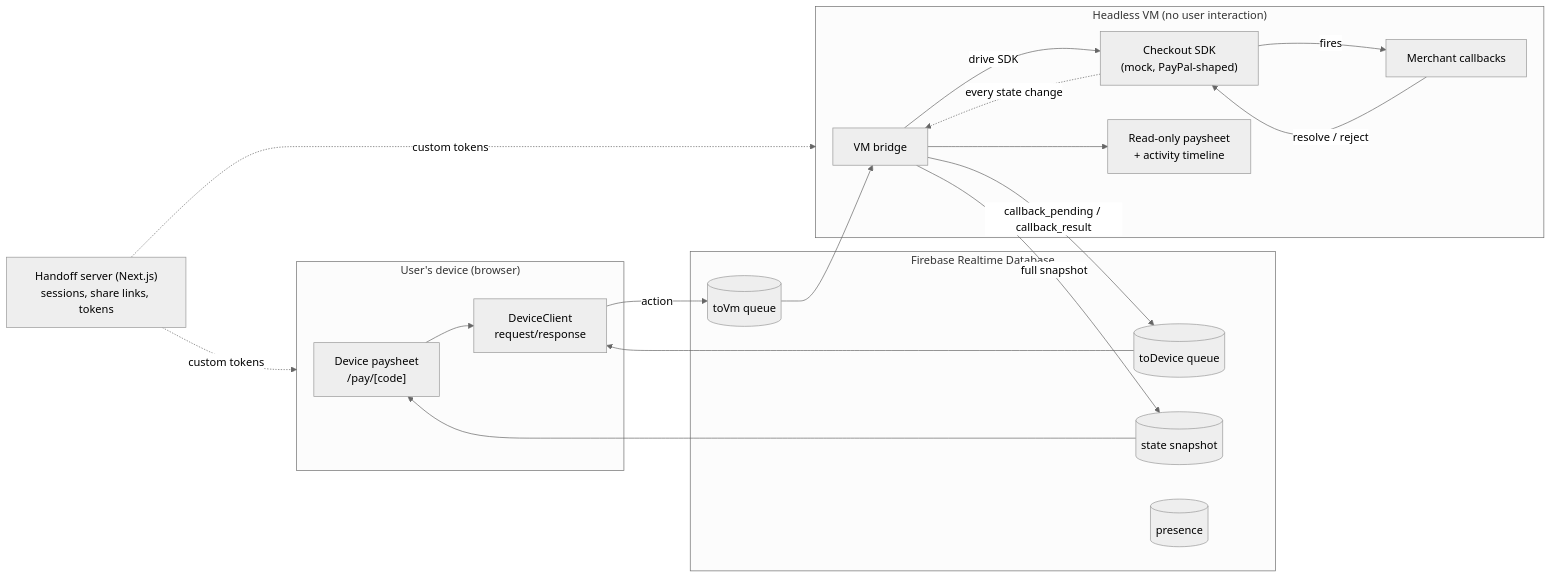
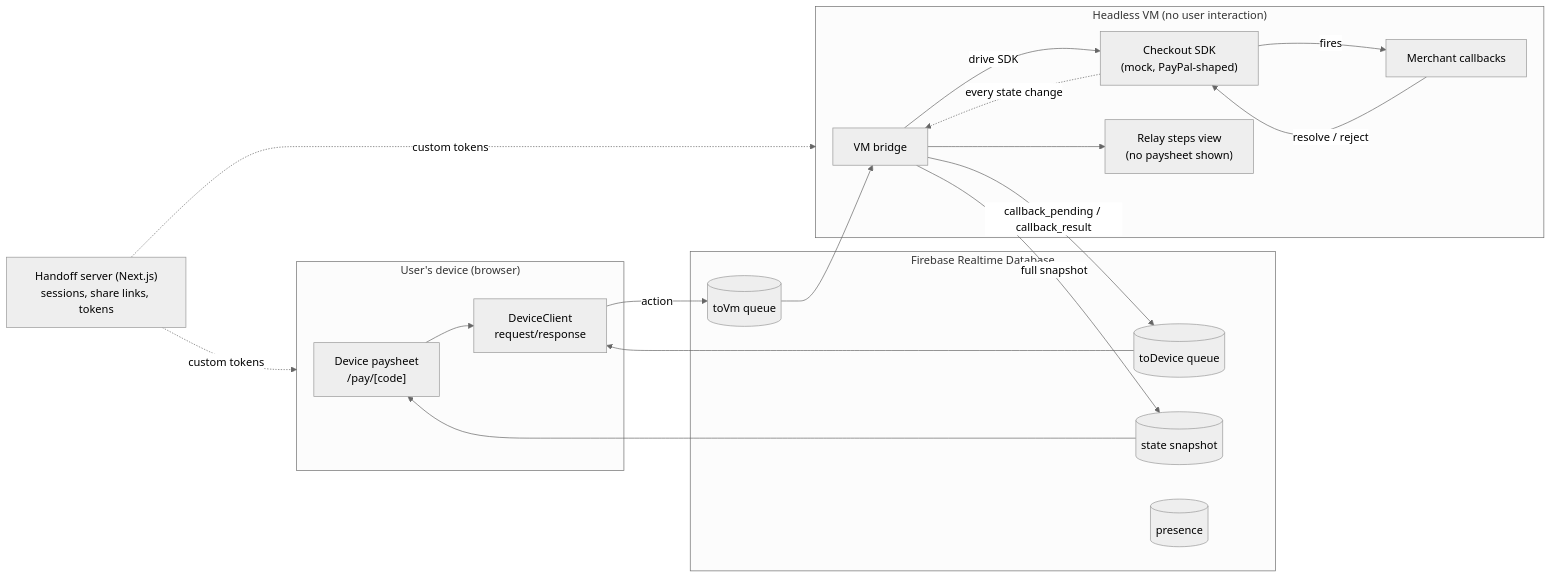
Before and after one commit to shubhamkokul/handoff: the diagram in architecture/README.md, drawn with Mermaid (neutral theme). The commit also changed 11 other files, not shown here.

First line of the commit message:
Wallet-style device paysheet; VM page shows only relay steps

````diff
--- a/architecture/README.md
+++ b/architecture/README.md
@@ -27,38 +27,38 @@
 ```mermaid
 flowchart LR
     subgraph Device["User's device (browser)"]
         DUI["Device paysheet<br/>/pay/[code]"]
         DC["DeviceClient<br/>request/response"]
     end
 
     subgraph Firebase["Firebase Realtime Database"]
         Q1[("toVm queue")]
         Q2[("toDevice queue")]
         ST[("state snapshot")]
         PR[("presence")]
     end
 
     subgraph VM["Headless VM (no user interaction)"]
         BR["VM bridge"]
         SDK["Checkout SDK<br/>(mock, PayPal-shaped)"]
         M["Merchant callbacks"]
-        VUI["Read-only paysheet<br/>+ activity timeline"]
+        VUI["Relay steps view<br/>(no paysheet shown)"]
     end
 
     API["Handoff server (Next.js)<br/>sessions, share links, tokens"]
 
     DUI --> DC
     DC -- "action" --> Q1
     Q1 --> BR
     BR -- "drive SDK" --> SDK
     SDK -- "fires" --> M
     M -- "resolve / reject" --> SDK
     BR -- "callback_pending / callback_result" --> Q2
     SDK -. "every state change" .-> BR
     BR -- "full snapshot" --> ST
     Q2 --> DC
     ST --> DUI
     BR --> VUI
     API -. "custom tokens" .-> Device
     API -. "custom tokens" .-> VM
 ```
````
